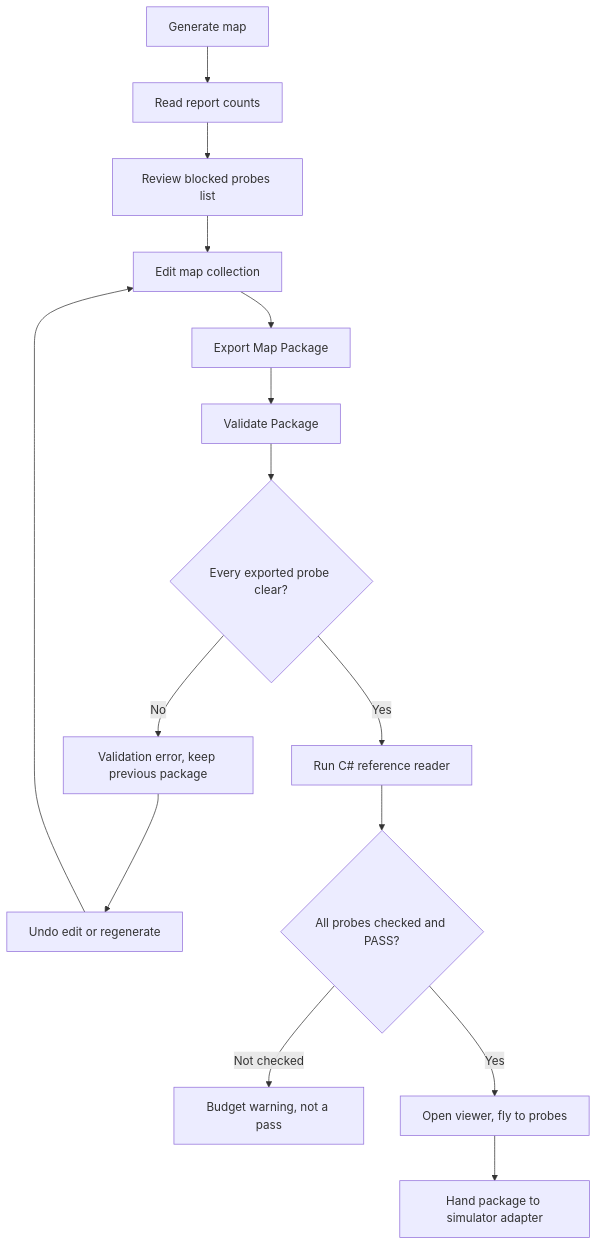
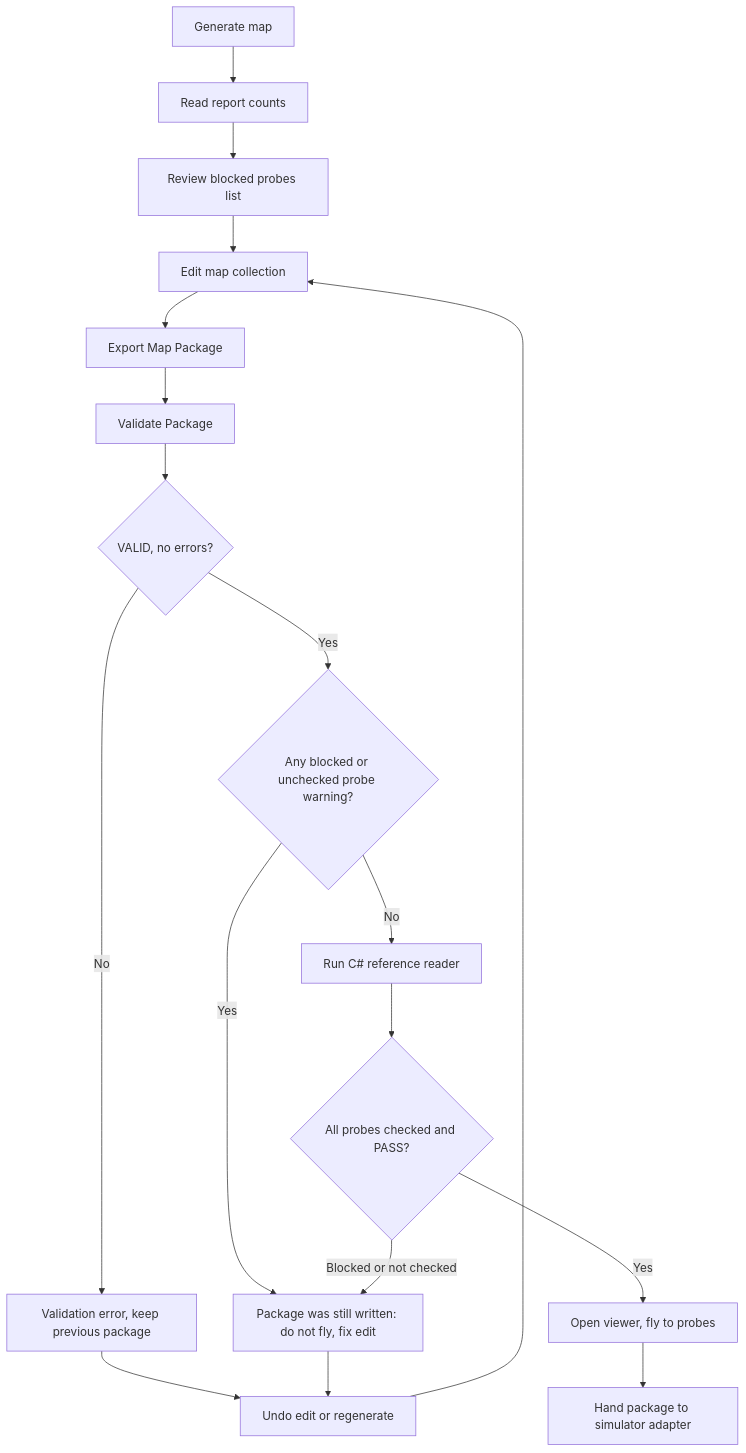
The diagram in docs/flows/flythrough.md (lingshf/map-builder), drawn with Mermaid before and after one commit. The commit also changed other lines of this file and 4 other files, not shown here.

Commit message:
REL-v0.2.0: blocked/unchecked probes are export warnings (VALID); fixed --created-utc in synthetic recipe

````diff
--- a/docs/flows/flythrough.md
+++ b/docs/flows/flythrough.md
@@ -5,17 +5,20 @@
 ```mermaid
 flowchart TD
   A[Generate map] --> B[Read report counts]
   B --> C[Review blocked probes list]
   C --> D[Edit map collection]
   D --> E[Export Map Package]
   E --> F[Validate Package]
-  F --> G{Every exported probe clear?}
+  F --> G{VALID, no errors?}
   G -->|No| H[Validation error, keep previous package]
   H --> I[Undo edit or regenerate]
   I --> D
-  G -->|Yes| J[Run C# reference reader]
+  G -->|Yes| P{Any blocked or unchecked probe warning?}
+  P -->|Yes| Q[Package was still written: do not fly, fix edit]
+  Q --> I
+  P -->|No| J[Run C# reference reader]
   J --> K{All probes checked and PASS?}
-  K -->|Not checked| L[Budget warning, not a pass]
+  K -->|Blocked or not checked| Q
   K -->|Yes| M[Open viewer, fly to probes]
   M --> N[Hand package to simulator adapter]
 ```
````
